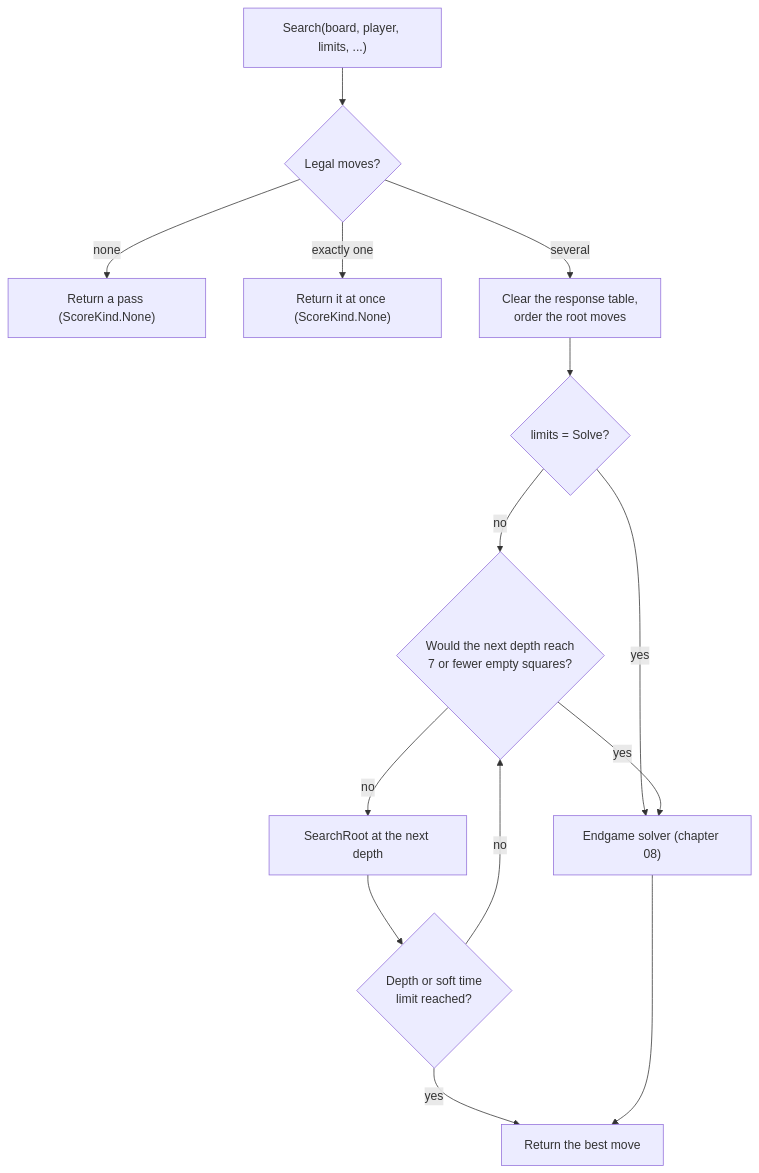
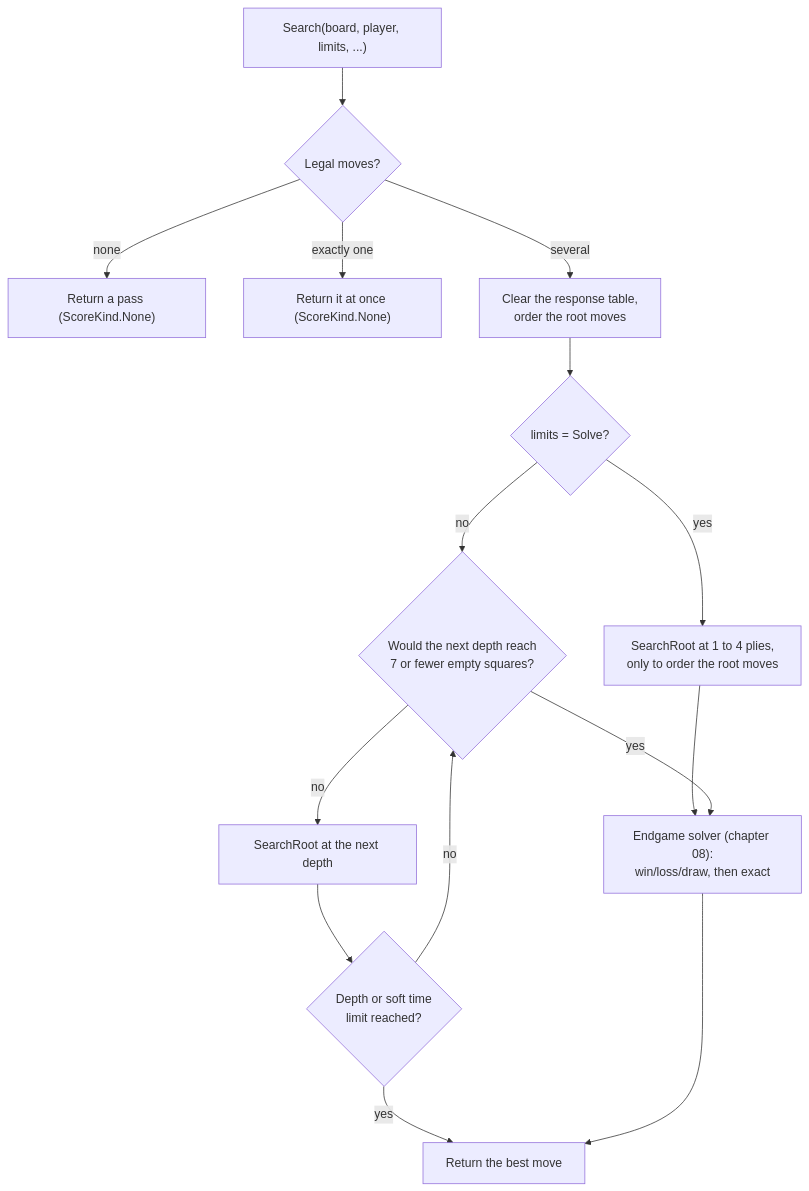
Before and after one commit to cjp-dev/Stello: the first of 3 diagrams in docs/brain/06-midgame-search.md, drawn with Mermaid. The commit also changed other lines of this file and 12 other files, not shown here.

````diff
--- a/docs/brain/06-midgame-search.md
+++ b/docs/brain/06-midgame-search.md
@@ -61,16 +73,17 @@
 ```mermaid
 flowchart TD
     Start["Search(board, player, limits, ...)"] --> Moves{"Legal moves?"}
     Moves -- "none" --> Pass["Return a pass (ScoreKind.None)"]
     Moves -- "exactly one" --> One["Return it at once (ScoreKind.None)"]
     Moves -- "several" --> Prep["Clear the response table,<br/>order the root moves"]
     Prep --> Solve{"limits = Solve?"}
-    Solve -- "yes" --> WLD
+    Solve -- "yes" --> Order4["SearchRoot at 1 to 4 plies,<br/>only to order the root moves"]
+    Order4 --> WLD
     Solve -- "no" --> Near{"Would the next depth reach<br/>7 or fewer empty squares?"}
     Near -- "no" --> Root["SearchRoot at the next depth"]
     Root --> Stop{"Depth or soft time<br/>limit reached?"}
     Stop -- "no" --> Near
     Stop -- "yes" --> Done["Return the best move"]
-    Near -- "yes" --> WLD["Endgame solver (chapter 08)"]
+    Near -- "yes" --> WLD["Endgame solver (chapter 08):<br/>win/loss/draw, then exact"]
     WLD --> Done
 ```
````
